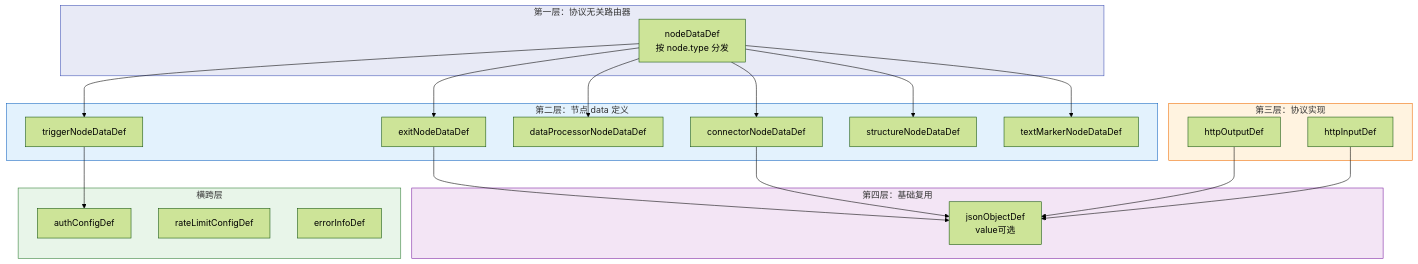
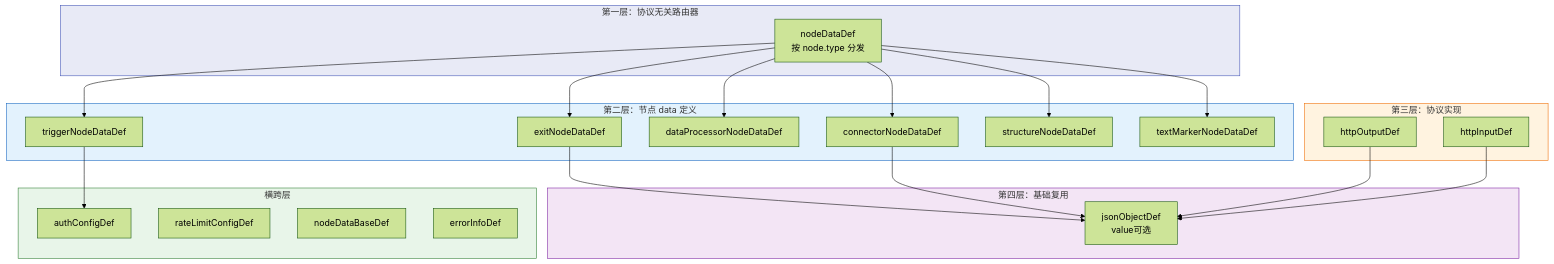
One commit to THZSummer/open-app changed the first of 4 diagrams in .sddu/specs-tree-root/specs-tree-connector-platform-v2/plan-json-schema.md. Above: the diagram before and after it, drawn with Mermaid (forest theme). The commit also changed other lines of this file, not shown here.

First line of the commit message:
docs(plan-json-schema): §4.3详解同步——6子Def改为allOf+基类说明

````diff
--- a/.sddu/specs-tree-root/specs-tree-connector-platform-v2/plan-json-schema.md
+++ b/.sddu/specs-tree-root/specs-tree-connector-platform-v2/plan-json-schema.md
@@ -424,48 +424,49 @@
 ```mermaid
 graph TB
     subgraph L1["第一层：协议无关路由器"]
         ND["nodeDataDef<br/>按 node.type 分发"]
     end
 
     subgraph L2["第二层：节点 data 定义"]
         TD["triggerNodeDataDef"]
         CD["connectorNodeDataDef"]
         DD["dataProcessorNodeDataDef"]
         ED["exitNodeDataDef"]
         SD["structureNodeDataDef"]
         MD["textMarkerNodeDataDef"]
     end
 
     subgraph L3["第三层：协议实现"]
         HI["httpInputDef"]
         HO["httpOutputDef"]
     end
 
     subgraph L4["第四层：基础复用"]
         JS["jsonObjectDef<br/>value可选"]
     end
 
     subgraph LX["横跨层"]
         AU["authConfigDef"]
         RL["rateLimitConfigDef"]
+        NB["nodeDataBaseDef"]
         ER["errorInfoDef"]
     end
 
     ND --> TD
     ND --> CD
     ND --> DD
     ND --> ED
     ND --> SD
     ND --> MD
     HI --> JS
     HO --> JS
     CD --> JS
     ED --> JS
     TD --> AU
 
     style L1 fill:#e8eaf6,stroke:#3f51b5
     style L2 fill:#e3f2fd,stroke:#1565c0
     style L3 fill:#fff3e0,stroke:#ef6c00
     style L4 fill:#f3e5f5,stroke:#7b1fa2
     style LX fill:#e8f5e9,stroke:#2e7d32
 ```
````
